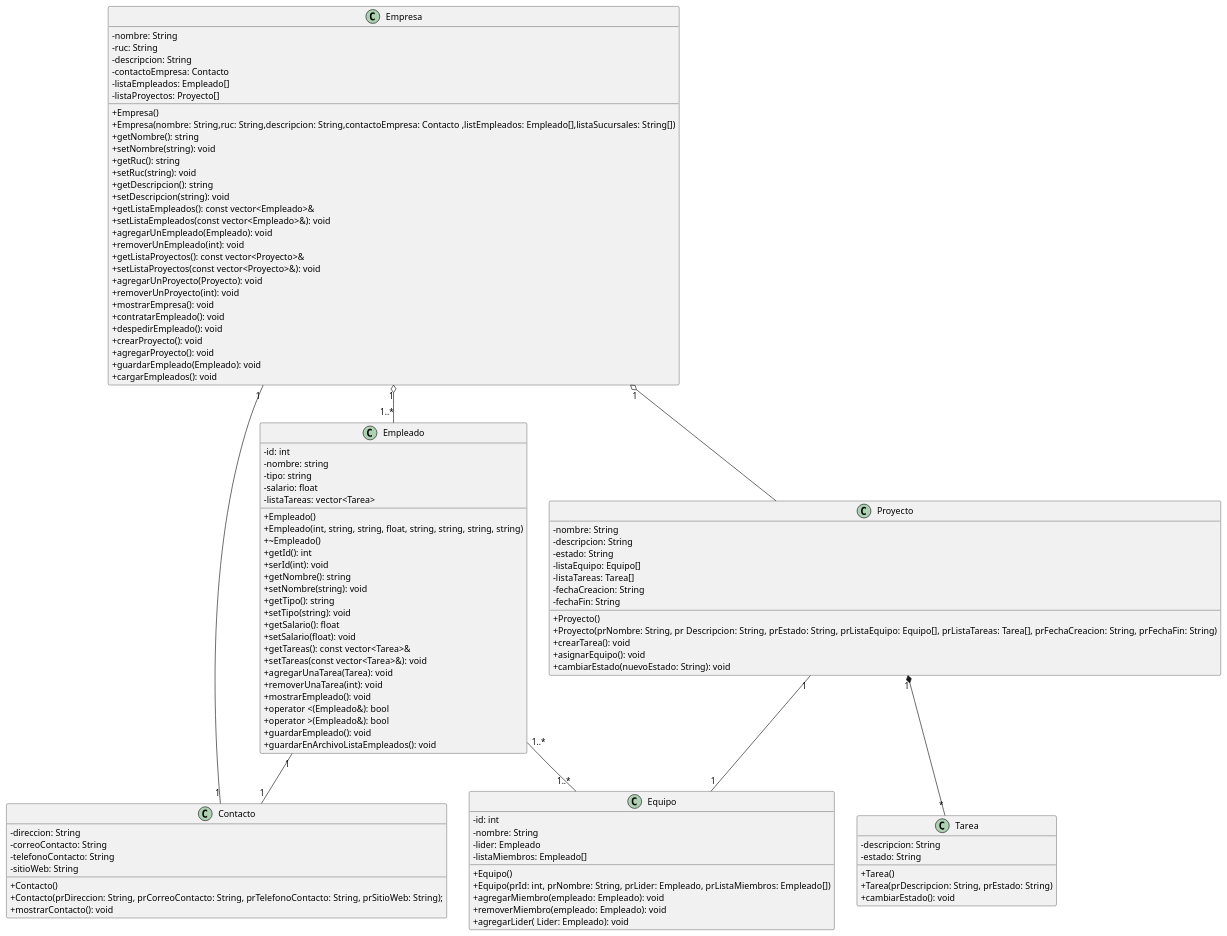
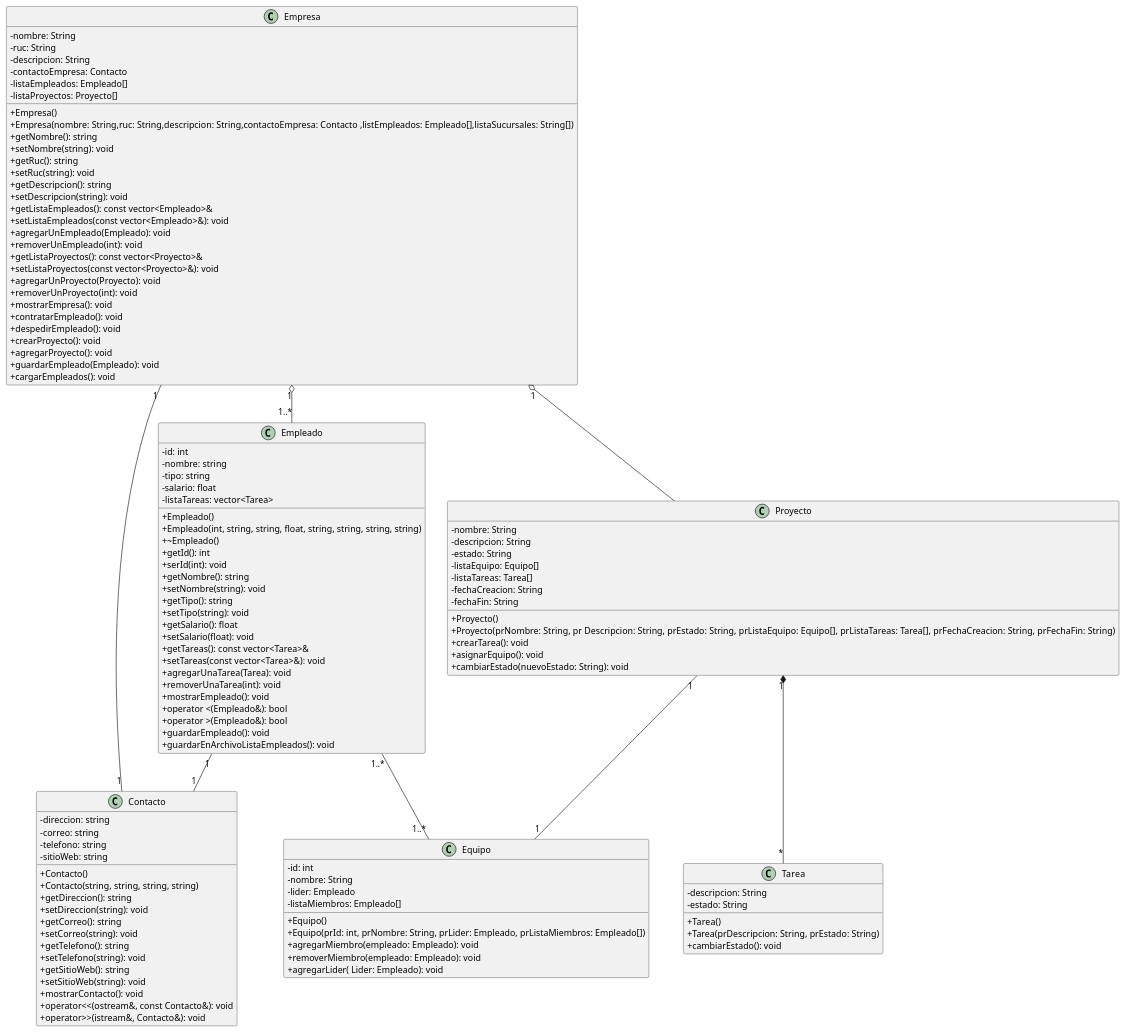
Before and after one commit to royfrankly/empresaurios: the diagram in diagramaClass.puml, drawn with PlantUML.

Commit message:
Update diagramaClass.puml
Cambio contacto2

```diff
--- a/diagramaClass.puml
+++ b/diagramaClass.puml
@@ -1,116 +1,125 @@
 @startuml
 skinparam ClassAttributeIconSize 0
 class Empresa {
     -nombre: String
     -ruc: String
     -descripcion: String
     -contactoEmpresa: Contacto
     -listaEmpleados: Empleado[]
     -listaProyectos: Proyecto[]
 
     +Empresa()
     +Empresa(nombre: String,ruc: String,descripcion: String,contactoEmpresa: Contacto ,listEmpleados: Empleado[],listaSucursales: String[])
     + getNombre(): string
     + setNombre(string): void
     + getRuc(): string
     + setRuc(string): void
     + getDescripcion(): string
     + setDescripcion(string): void
     + getListaEmpleados(): const vector<Empleado>&
     + setListaEmpleados(const vector<Empleado>&): void
     + agregarUnEmpleado(Empleado): void
     + removerUnEmpleado(int): void
     + getListaProyectos(): const vector<Proyecto>&
     + setListaProyectos(const vector<Proyecto>&): void
     + agregarUnProyecto(Proyecto): void
     + removerUnProyecto(int): void
     + mostrarEmpresa(): void
     + contratarEmpleado(): void
     + despedirEmpleado(): void
     + crearProyecto(): void
     + agregarProyecto(): void
     + guardarEmpleado(Empleado): void
     + cargarEmpleados(): void
 }
 
 class Empleado {
   - id: int
   - nombre: string
   - tipo: string
   - salario: float
   - listaTareas: vector<Tarea>
   + Empleado()
   + Empleado(int, string, string, float, string, string, string, string)
   + ~Empleado()
   + getId(): int
   + serId(int): void
   + getNombre(): string
   + setNombre(string): void
   + getTipo(): string
   + setTipo(string): void
   + getSalario(): float
   + setSalario(float): void
   + getTareas(): const vector<Tarea>&
   + setTareas(const vector<Tarea>&): void
   + agregarUnaTarea(Tarea): void
   + removerUnaTarea(int): void
   + mostrarEmpleado(): void
   + operator <(Empleado&): bool
   + operator >(Empleado&): bool
   + guardarEmpleado(): void
   + guardarEnArchivoListaEmpleados(): void
 }
 class Contacto{
-    -direccion: String
-    -correoContacto: String
-    -telefonoContacto: String
-    -sitioWeb: String
-    
-    +Contacto()
-    +Contacto(prDireccion: String, prCorreoContacto: String, prTelefonoContacto: String, prSitioWeb: String);
-    +mostrarContacto(): void
+  - direccion: string
+  - correo: string
+  - telefono: string
+  - sitioWeb: string
+  + Contacto()
+  + Contacto(string, string, string, string)
+  + getDireccion(): string
+  + setDireccion(string): void
+  + getCorreo(): string
+  + setCorreo(string): void
+  + getTelefono(): string
+  + setTelefono(string): void
+  + getSitioWeb(): string
+  + setSitioWeb(string): void
+  + mostrarContacto(): void
+  + operator<<(ostream&, const Contacto&): void
+  + operator>>(istream&, Contacto&): void
 }  
 
 class Proyecto {
     -nombre: String
     -descripcion: String
     -estado: String
     -listaEquipo: Equipo[]
     -listaTareas: Tarea[]
     -fechaCreacion: String
     -fechaFin: String
 
     +Proyecto()
     +Proyecto(prNombre: String, pr Descripcion: String, prEstado: String, prListaEquipo: Equipo[], prListaTareas: Tarea[], prFechaCreacion: String, prFechaFin: String)
     +crearTarea(): void
     +asignarEquipo(): void
     +cambiarEstado(nuevoEstado: String): void
 }
 
 class Equipo {
     -id: int
     -nombre: String
     -lider: Empleado
     -listaMiembros: Empleado[]
 
     +Equipo()
     +Equipo(prId: int, prNombre: String, prLider: Empleado, prListaMiembros: Empleado[])
     +agregarMiembro(empleado: Empleado): void
     +removerMiembro(empleado: Empleado): void
     +agregarLider( Lider: Empleado): void
 }
 Class Tarea {
     -descripcion: String
     -estado: String
     +Tarea()
     +Tarea(prDescripcion: String, prEstado: String)
     +cambiarEstado(): void
 }
 Empresa "1"-- "1" Contacto
 Empleado "1"--"1" Contacto
 Empresa "1" o--"1..*"Empleado 
 Empleado "1..*"--"1..*" Equipo
 Proyecto "1" --"1" Equipo
 Proyecto "1"*--"*" Tarea
 Empresa "1" o-- Proyecto
 @enduml
```
